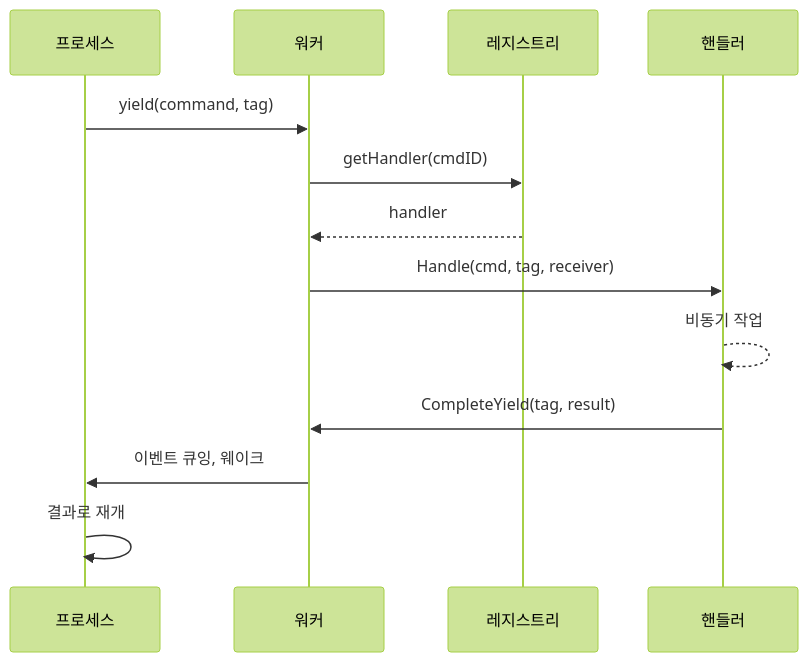
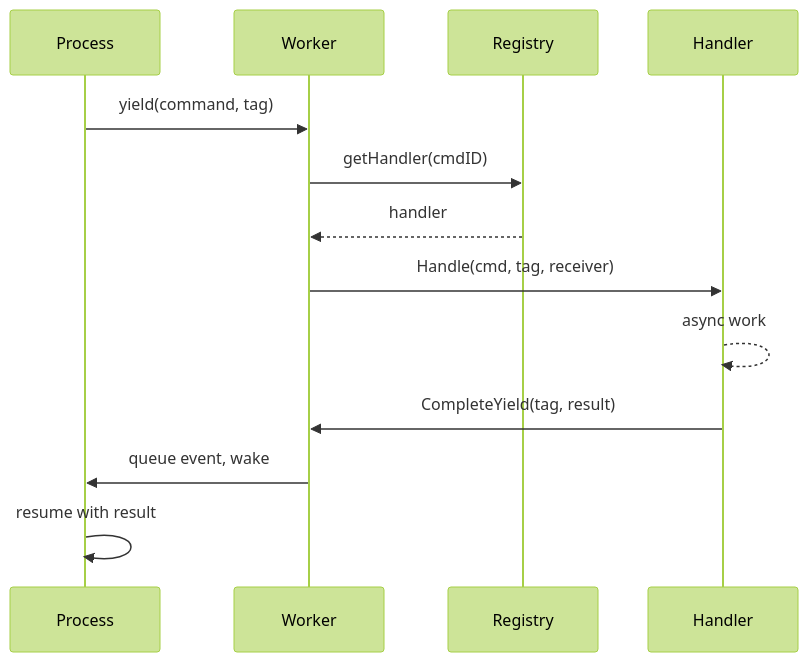
The diagram in ko/internals/dispatch.md (wippyai/docs), drawn with Mermaid (forest theme) before and after one commit. The commit also changed other lines of this file and 870 other files, not shown here.

````diff
--- a/ko/internals/dispatch.md
+++ b/ko/internals/dispatch.md
@@ -12,16 +14,16 @@
 ```mermaid
 sequenceDiagram
-    participant P as 프로세스
-    participant W as 워커
-    participant R as 레지스트리
-    participant H as 핸들러
+    participant P as Process
+    participant W as Worker
+    participant R as Registry
+    participant H as Handler
 
     P->>W: yield(command, tag)
     W->>R: getHandler(cmdID)
     R-->>W: handler
     W->>H: Handle(cmd, tag, receiver)
-    H-->>H: 비동기 작업
+    H-->>H: async work
     H->>W: CompleteYield(tag, result)
-    W->>P: 이벤트 큐잉, 웨이크
-    P->>P: 결과로 재개
+    W->>P: queue event, wake
+    P->>P: resume with result
 ```
````
